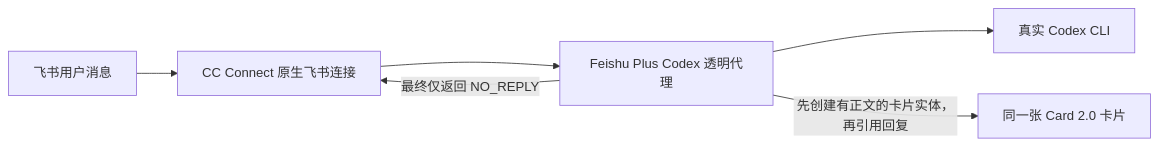
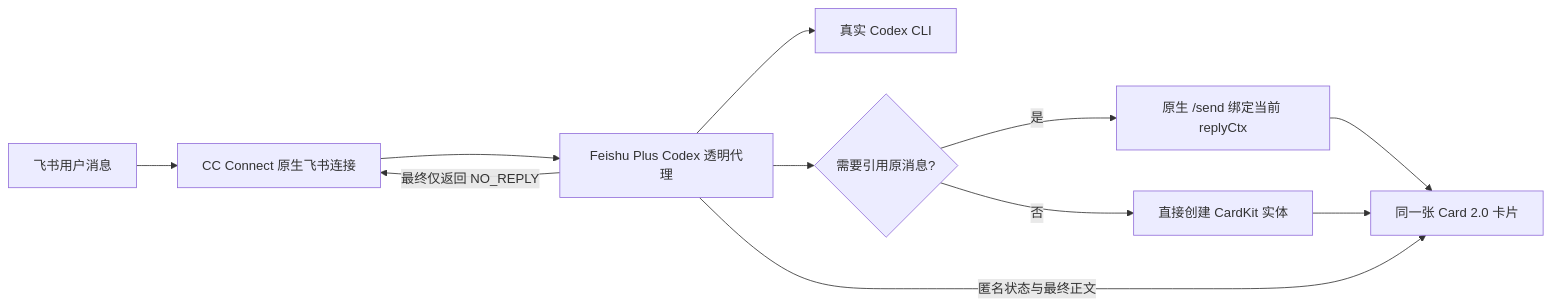
The diagram in README.md (timmyagentic/cc-connect-feishu-plus), drawn with Mermaid before and after one commit. The commit also changed other lines of this file and 6 other files, not shown here.

````diff
--- a/README.md
+++ b/README.md
@@ -97,8 +97,13 @@
 ```mermaid
 flowchart LR
     U["飞书用户消息"] --> N["CC Connect 原生飞书连接"]
     N --> P["Feishu Plus Codex 透明代理"]
     P --> C["真实 Codex CLI"]
-    P -->|"先创建有正文的卡片实体，再引用回复"| F["同一张 Card 2.0 卡片"]
+    P --> D{"需要引用原消息?"}
+    D -->|"是"| R["原生 /send 绑定当前 replyCtx"]
+    D -->|"否"| K["直接创建 CardKit 实体"]
+    R --> F["同一张 Card 2.0 卡片"]
+    K --> F
+    P -->|"匿名状态与最终正文"| F
     P -->|"最终仅返回 NO_REPLY"| N
 ```
````
